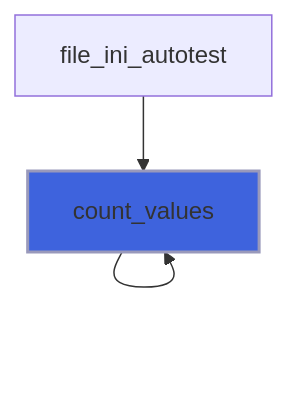
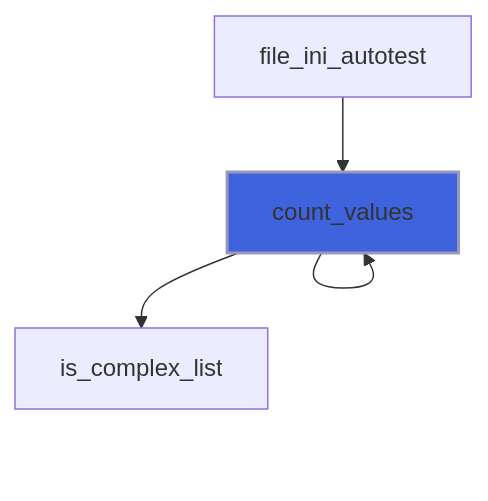
One commit to szaghi/FiNeR changed diagram 15 of 19 in docs/api/src/lib/finer_option_t.md. Above: the diagram before and after it, drawn with Mermaid. The commit also changed other lines of this file and 199 other files, not shown here.

````diff
--- a/docs/api/src/lib/finer_option_t.md
+++ b/docs/api/src/lib/finer_option_t.md
@@ -391,7 +581,8 @@
 ```mermaid
 flowchart TD
   count_values["count_values"] --> count_values["count_values"]
   count_values["count_values"] --> count_values["count_values"]
   file_ini_autotest["file_ini_autotest"] --> count_values["count_values"]
+  count_values["count_values"] --> is_complex_list["is_complex_list"]
   style count_values fill:#3e63dd,stroke:#99b,stroke-width:2px
 ```
````
